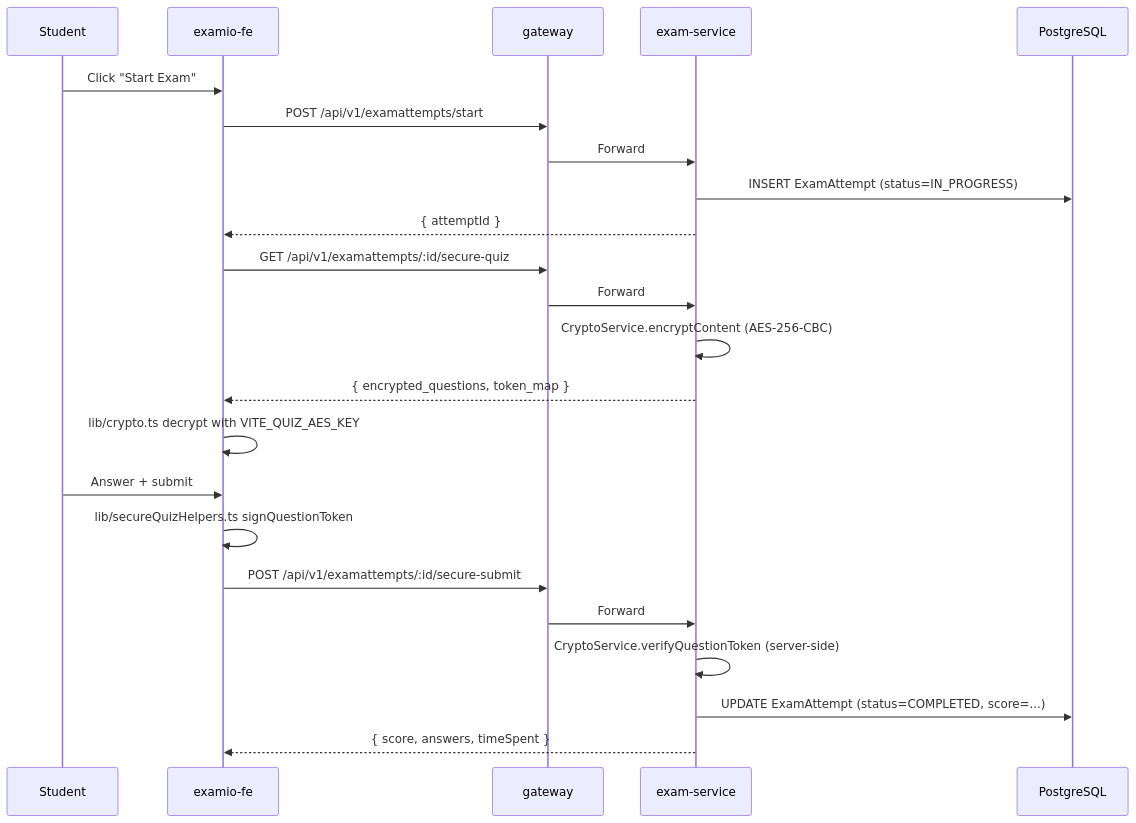
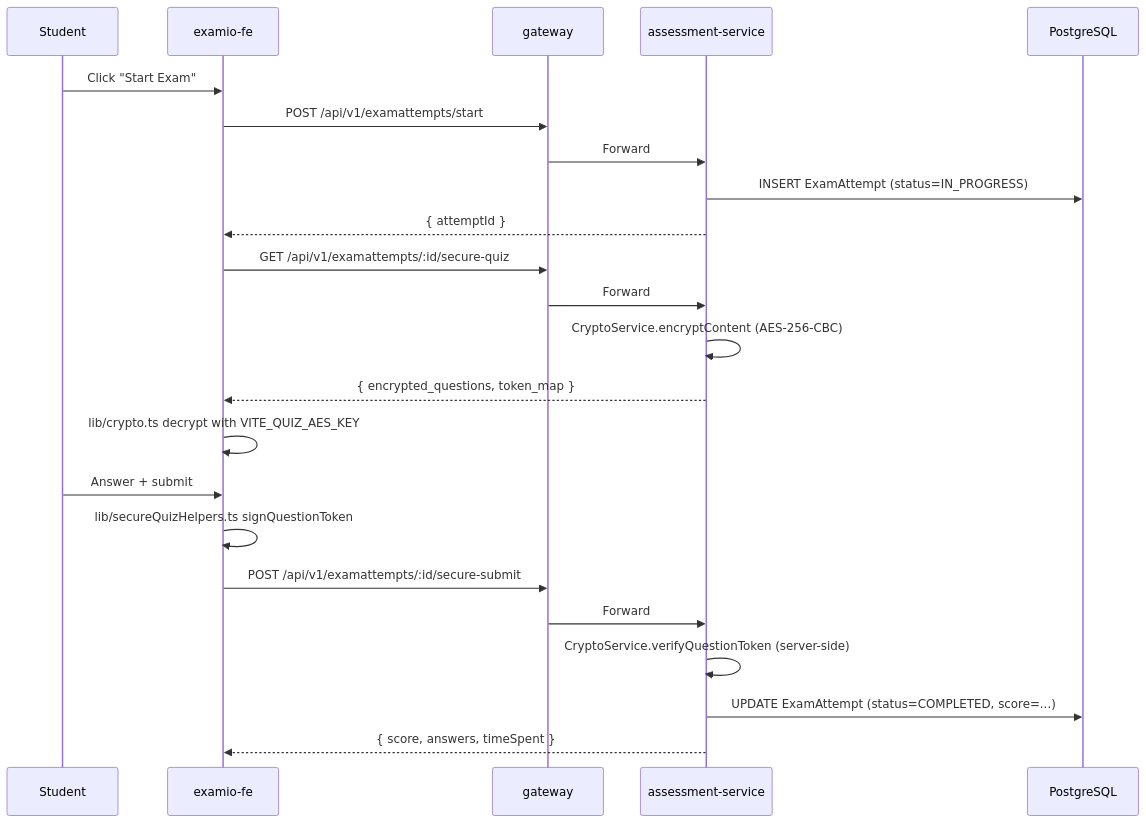
One commit to tgiap04/examio changed the seventh of 9 diagrams in docs/system/architecture.md. Above: the diagram before and after it, drawn with Mermaid. The commit also changed other lines of this file and 20 other files, not shown here.

First line of the commit message:
docs: document content-service and assessment-service

````diff
--- a/docs/system/architecture.md
+++ b/docs/system/architecture.md
@@ -361,25 +371,25 @@
 ```mermaid
 sequenceDiagram
     participant S as Student
     participant FE as examio-fe
     participant GW as gateway
-    participant EX as exam-service
+    participant EX as assessment-service
     participant PG as PostgreSQL
     S->>FE: Click "Start Exam"
     FE->>GW: POST /api/v1/examattempts/start
     GW->>EX: Forward
     EX->>PG: INSERT ExamAttempt (status=IN_PROGRESS)
     EX-->>FE: { attemptId }
     FE->>GW: GET /api/v1/examattempts/:id/secure-quiz
     GW->>EX: Forward
     EX->>EX: CryptoService.encryptContent (AES-256-CBC)
     EX-->>FE: { encrypted_questions, token_map }
     FE->>FE: lib/crypto.ts decrypt with VITE_QUIZ_AES_KEY
     S->>FE: Answer + submit
     FE->>FE: lib/secureQuizHelpers.ts signQuestionToken
     FE->>GW: POST /api/v1/examattempts/:id/secure-submit
     GW->>EX: Forward
     EX->>EX: CryptoService.verifyQuestionToken (server-side)
     EX->>PG: UPDATE ExamAttempt (status=COMPLETED, score=...)
     EX-->>FE: { score, answers, timeSpent }
 ```
````
